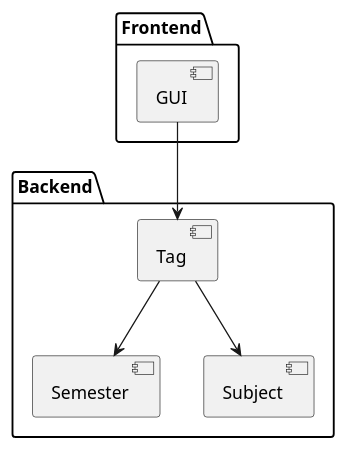
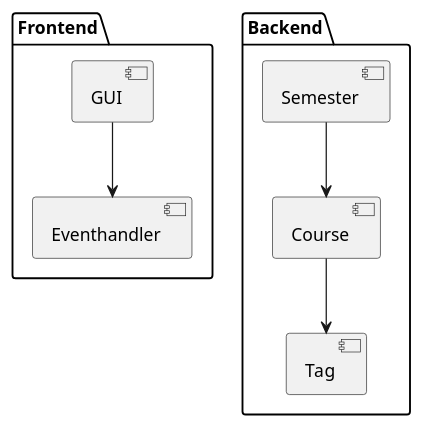
Before and after one commit to BandFrLife/fileSorter2026: the diagram in uml/development.plantuml, drawn with PlantUML. The commit also changed 7 other files, not shown here.

Commit message:
update uml files

```diff
--- a/uml/development.plantuml
+++ b/uml/development.plantuml
@@ -1,16 +1,16 @@
 @startuml
 package "Frontend" {
     [GUI]
+    [Eventhandler]
 }
 
 package "Backend" {
     [Semester]
-    [Subject]
+    [Course]
     [Tag]
 }
 
-
-[GUI] --> [Tag]
-[Tag] --> [Semester]
-[Tag] --> [Subject]
+[GUI] --> [Eventhandler]
+[Semester] --> [Course]
+[Course] --> [Tag]
 @enduml
```
